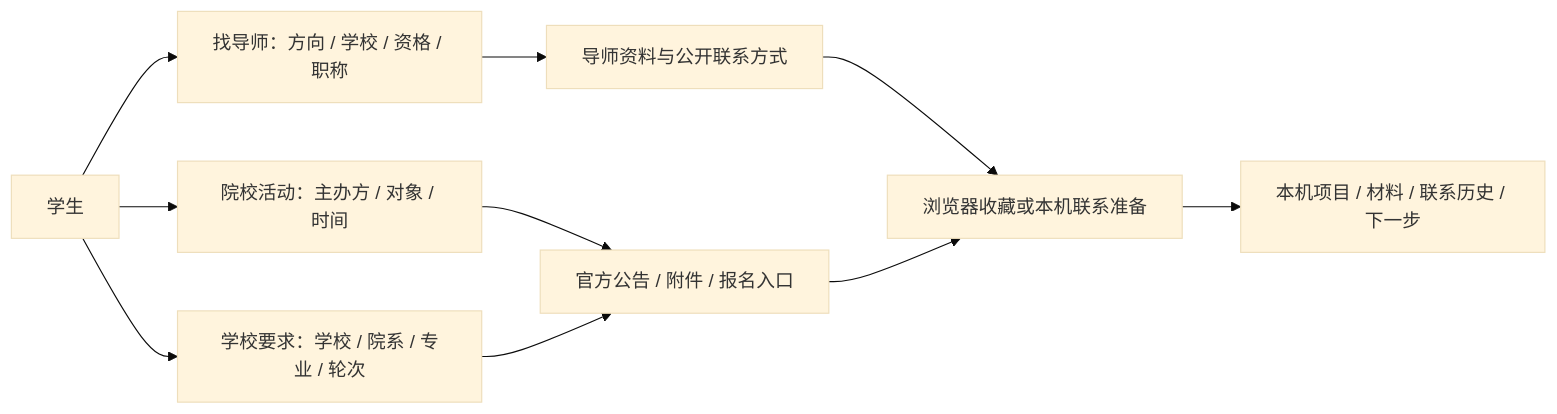
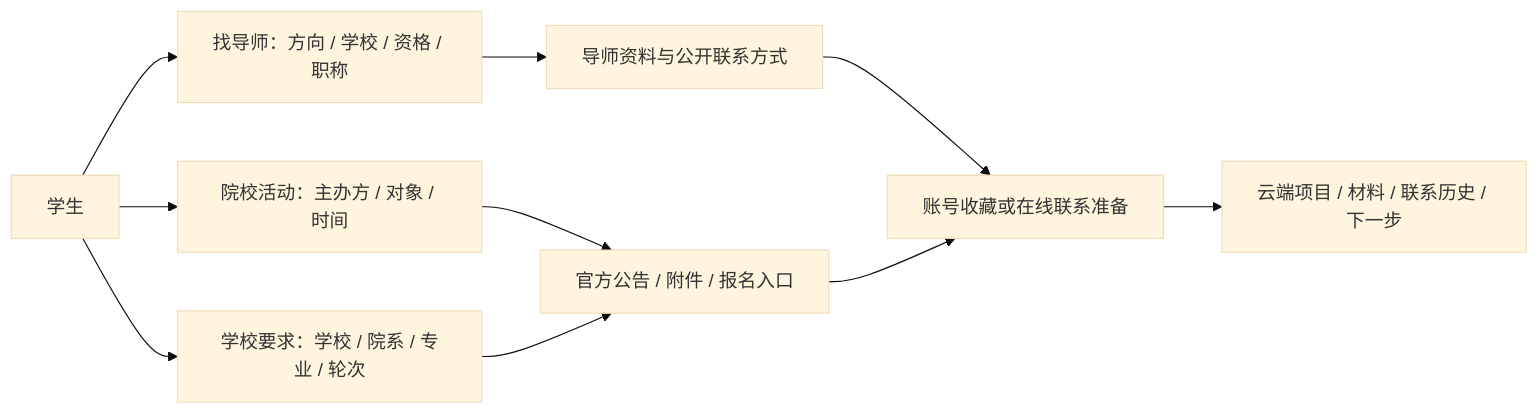
One commit to kanosa0101/Mentor-Research-and-Analysis-Tool changed the first of 2 diagrams in PROJECT_MAP.md. Above: the diagram before and after it, drawn with Mermaid (base theme). The commit also changed other lines of this file and 7265 other files, not shown here.

````diff
--- a/PROJECT_MAP.md
+++ b/PROJECT_MAP.md
@@ -9,12 +11,12 @@
 ```mermaid
 flowchart LR
   U[学生] --> D[找导师：方向 / 学校 / 资格 / 职称]
   U --> E[院校活动：主办方 / 对象 / 时间]
   U --> A[学校要求：学校 / 院系 / 专业 / 轮次]
   D --> P[导师资料与公开联系方式]
   E --> O[官方公告 / 附件 / 报名入口]
   A --> O
-  P --> B[浏览器收藏或本机联系准备]
+  P --> B[账号收藏或在线联系准备]
   O --> B
-  B --> W[本机项目 / 材料 / 联系历史 / 下一步]
+  B --> W[云端项目 / 材料 / 联系历史 / 下一步]
 ```
````
